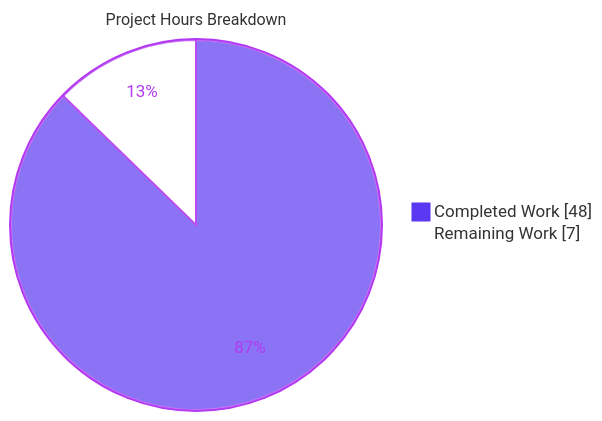
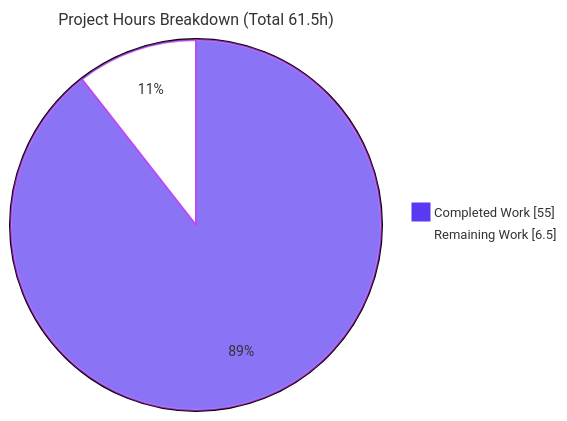
One commit to ajitblitzy/Society_Mngt_26-Jun-2026-Afternoon changed the second of 3 diagrams in blitzy/documentation/Project Guide.md. Above: the diagram before and after it, drawn with Mermaid. The commit also changed other lines of this file, not shown here.

Commit message:
Adding Blitzy Project Guide: Project Status and Human Tasks Remaining

````diff
--- a/blitzy/documentation/Project Guide.md
+++ b/blitzy/documentation/Project Guide.md
@@ -209,6 +197,6 @@
 ```mermaid
-%%{init: {'theme':'base', 'themeVariables': {'pie1':'#5B39F3','pie2':'#FFFFFF','pieStrokeColor':'#B23AF2','pieOuterStrokeColor':'#B23AF2','pieSectionTextColor':'#B23AF2','pieStrokeWidth':'2px','pieTitleTextSize':'16px'}}}%%
-pie showData title Project Hours Breakdown
-    "Completed Work" : 48
-    "Remaining Work" : 7
+%%{init: {'theme':'base','themeVariables':{'pie1':'#5B39F3','pie2':'#FFFFFF','pieStrokeColor':'#B23AF2','pieStrokeWidth':'2px','pieOuterStrokeWidth':'2px','pieTitleTextSize':'16px','pieSectionTextSize':'14px','pieLegendTextSize':'13px'}}}%%
+pie showData title Project Hours Breakdown (Total 61.5h)
+    "Completed Work" : 55
+    "Remaining Work" : 6.5
 ```
````
